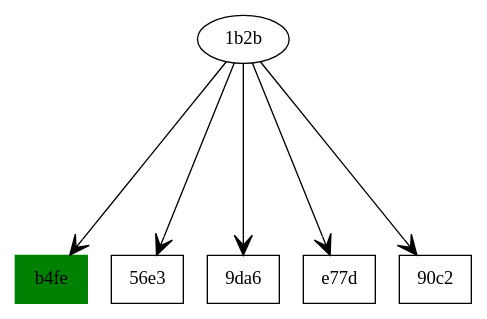
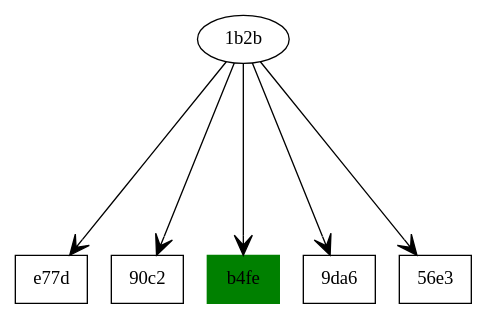
Before and after one commit to HMohammad1/Application_for_Data_Visualization: the diagram in doctest-output/also_likes.gv, drawn with Graphviz. The commit also changed other lines of this file and 4 other files, not shown here.

```diff
--- a/doctest-output/also_likes.gv
+++ b/doctest-output/also_likes.gv
@@ -1,20 +1,20 @@
 // Also Likes Graph
 digraph also_likes {
 	edge [arrowhead=vee arrowsize=1.5]
 	ranksep=2
-	b4fe [label=b4fe color=green fillcolor=green shape=box style=filled]
-	"1b2b" [label="1b2b"]
-	"1b2b" -> b4fe
-	"56e3" [label="56e3" shape=box]
-	"1b2b" [label="1b2b"]
-	"1b2b" -> "56e3"
-	"9da6" [label="9da6" shape=box]
-	"1b2b" [label="1b2b"]
-	"1b2b" -> "9da6"
 	e77d [label=e77d shape=box]
 	"1b2b" [label="1b2b"]
 	"1b2b" -> e77d
 	"90c2" [label="90c2" shape=box]
 	"1b2b" [label="1b2b"]
 	"1b2b" -> "90c2"
+	b4fe [label=b4fe color=green fillcolor=green shape=box style=filled]
+	"1b2b" [label="1b2b"]
+	"1b2b" -> b4fe
+	"9da6" [label="9da6" shape=box]
+	"1b2b" [label="1b2b"]
+	"1b2b" -> "9da6"
+	"56e3" [label="56e3" shape=box]
+	"1b2b" [label="1b2b"]
+	"1b2b" -> "56e3"
 }
```
